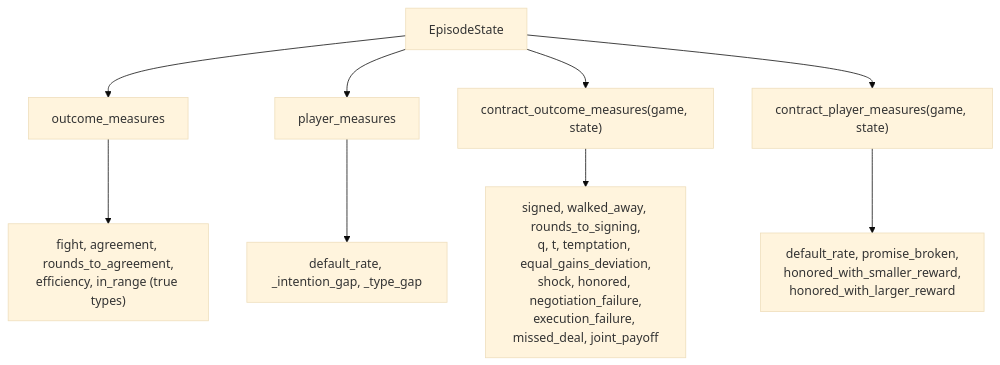
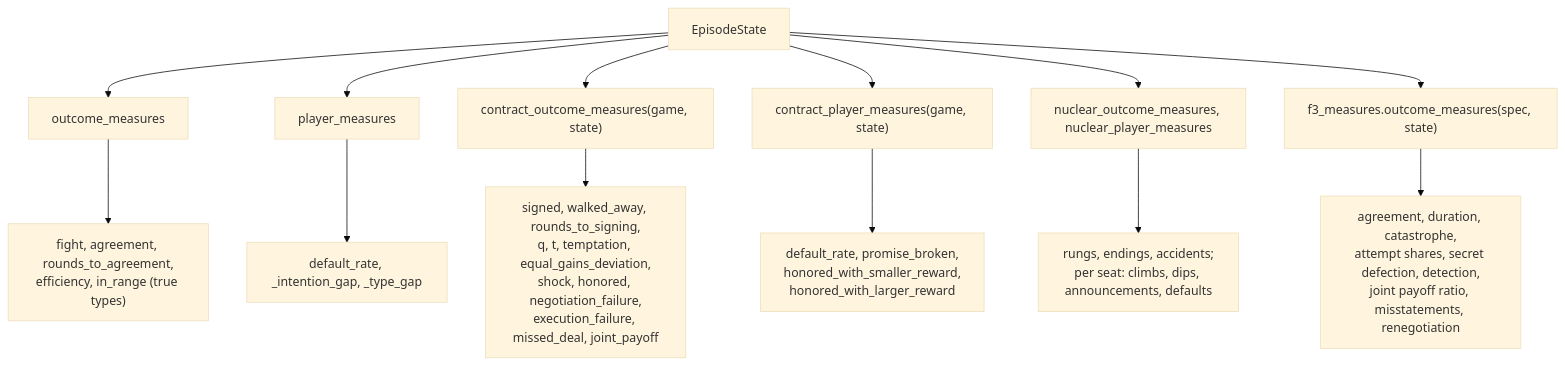
One commit to CarlosGIbanez/SPAR-Harness-Strategic-Interaction-Agents changed diagram 15 of 15 in docs/architecture.md. Above: the diagram before and after it, drawn with Mermaid (base theme). The commit also changed other lines of this file and 1 other file, not shown here.

Commit message:
Update README and architecture.md to reflect new unification

````diff
--- a/docs/architecture.md
+++ b/docs/architecture.md
@@ -582,11 +643,15 @@
 ```mermaid
 flowchart TD
     st["EpisodeState"] --> om["outcome_measures"]
     st --> pm["player_measures"]
     om --> o1["fight, agreement, rounds_to_agreement,<br/>efficiency, in_range (true types)"]
     pm --> p1["default_rate, _intention_gap, _type_gap"]
     st --> com["contract_outcome_measures(game, state)"]
     st --> cpm["contract_player_measures(game, state)"]
     com --> c1["signed, walked_away, rounds_to_signing,<br/>q, t, temptation, equal_gains_deviation,<br/>shock, honored, negotiation_failure,<br/>execution_failure, missed_deal, joint_payoff"]
     cpm --> c2["default_rate, promise_broken,<br/>honored_with_smaller_reward,<br/>honored_with_larger_reward"]
+    st --> nom["nuclear_outcome_measures, nuclear_player_measures"]
+    nom --> n1["rungs, endings, accidents;<br/>per seat: climbs, dips, announcements, defaults"]
+    st --> fom["f3_measures.outcome_measures(spec, state)"]
+    fom --> f1["agreement, duration, catastrophe,<br/>attempt shares, secret defection, detection,<br/>joint payoff ratio, misstatements, renegotiation"]
 ```
````
